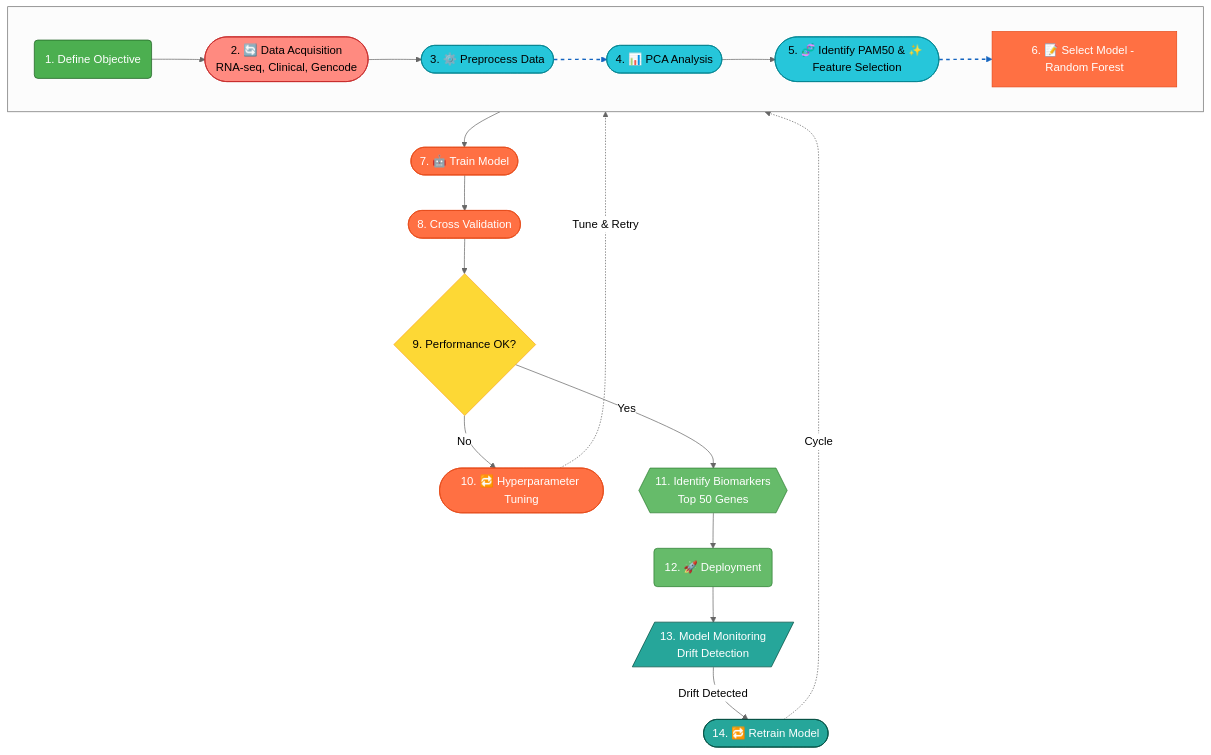
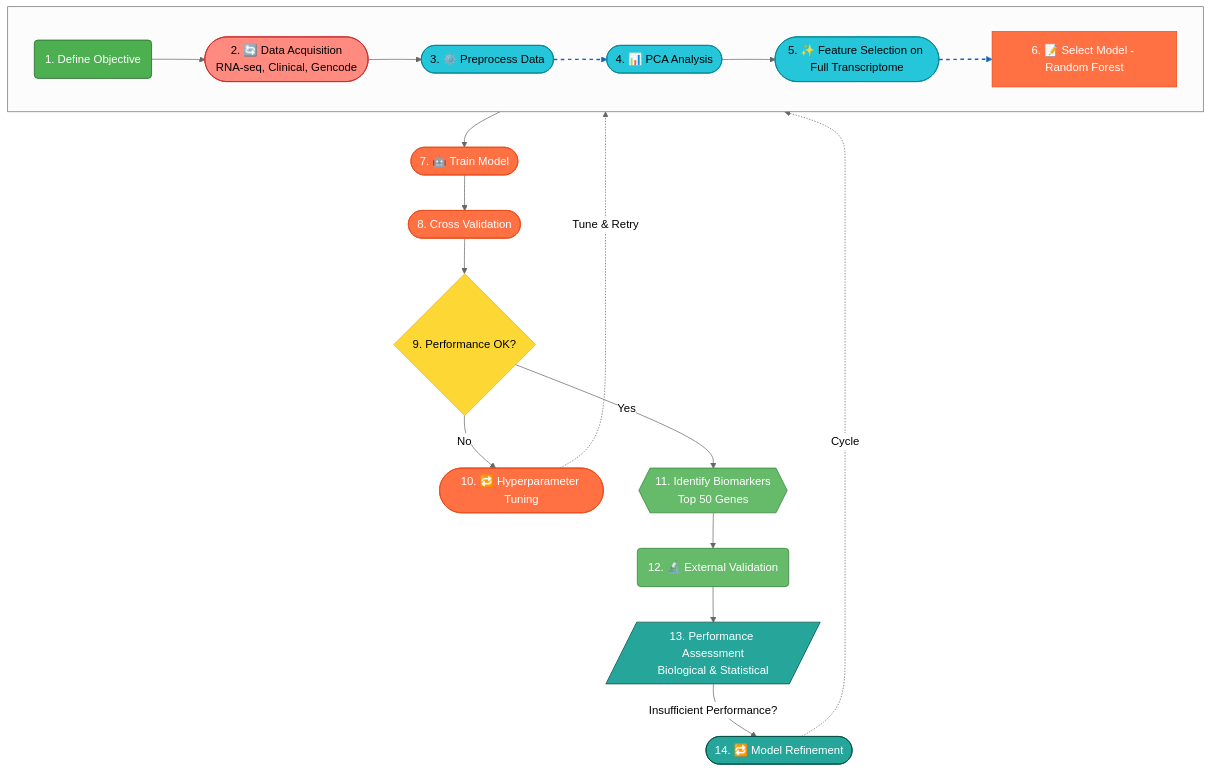
One commit to Yohansgit/Genomic-Data-Analysis-for-Cancer-Subtype-Classification changed the diagram in README.md. Above: the diagram before and after it, drawn with Mermaid (neutral theme). The commit also changed other lines of this file, not shown here.

````diff
--- a/README.md
+++ b/README.md
@@ -61,42 +64,42 @@
 ```mermaid
 flowchart TD
 %% --- Horizontal pipeline steps ---
 subgraph TOPROW [ ]
     direction LR
     A1(1. Define Objective):::start
     A2([2. 🔄 Data Acquisition<br>RNA-seq, Clinical, Gencode]):::data
     A3([3. ⚙️ Preprocess Data]):::process
     A4([4. 📊 PCA Analysis]):::process
-    A5([5. 🧬 Identify PAM50 & ✨ Feature Selection]):::process
+    A5([5. ✨ Feature Selection on Full Transcriptome]):::process
     A6[6. 📝 Select Model - Random Forest]:::model
 end
 
 %% --- Vertical flow after model selection ---
 A6 --> B1([7. 🤖 Train Model]):::model
 B1 --> B2([8. Cross Validation]):::model
 B2 --> C1{9. Performance OK?}:::decision
 
 C1 -- "No" --> D1([10. 🔁 Hyperparameter Tuning]):::model
 D1 -.->|Tune & Retry| A6
 C1 -- "Yes" --> E1{{11. Identify Biomarkers<br>Top 50 Genes}}:::output
-E1 --> F1(12. 🚀 Deployment):::output
-F1 --> G1[/13. Model Monitoring<br>Drift Detection/]:::monitor
-G1 -- "Drift Detected" --> H1([14. 🔁 Retrain Model]):::monitor
+E1 --> F1(12. 🔬 External Validation):::output
+F1 --> G1[/13. Performance Assessment<br>Biological & Statistical/]:::monitor
+G1 -- "Insufficient Performance?" --> H1([14. 🔁 Model Refinement]):::monitor
 H1 -.->|Cycle| A6
 
 %% --- Horizontal links for first row ---
 A1 --> A2 --> A3 --> A4 --> A5 --> A6
 
 %% --- Dotted feedback arrows for loops ---
 linkStyle 12 stroke:#1565C0,stroke-width:2px,stroke-dasharray: 5 5
 linkStyle 14 stroke:#1565C0,stroke-width:2px,stroke-dasharray: 5 5
 
 %% --- Node Styles ---
 classDef start fill:#4CAF50,stroke:#1B5E20,color:#fff;
 classDef data fill:#FF8A80,stroke:#C62828,color:#000;
 classDef process fill:#26C6DA,stroke:#00838F,color:#000;
 classDef model fill:#FF7043,stroke:#E64A19,color:#fff;
 classDef decision fill:#FDD835,stroke:#F9A825,color:#000;
 classDef output fill:#66BB6A,stroke:#2E7D32,color:#fff;
 classDef monitor fill:#26A69A,stroke:#004D40,color:#fff;
 ```
````
